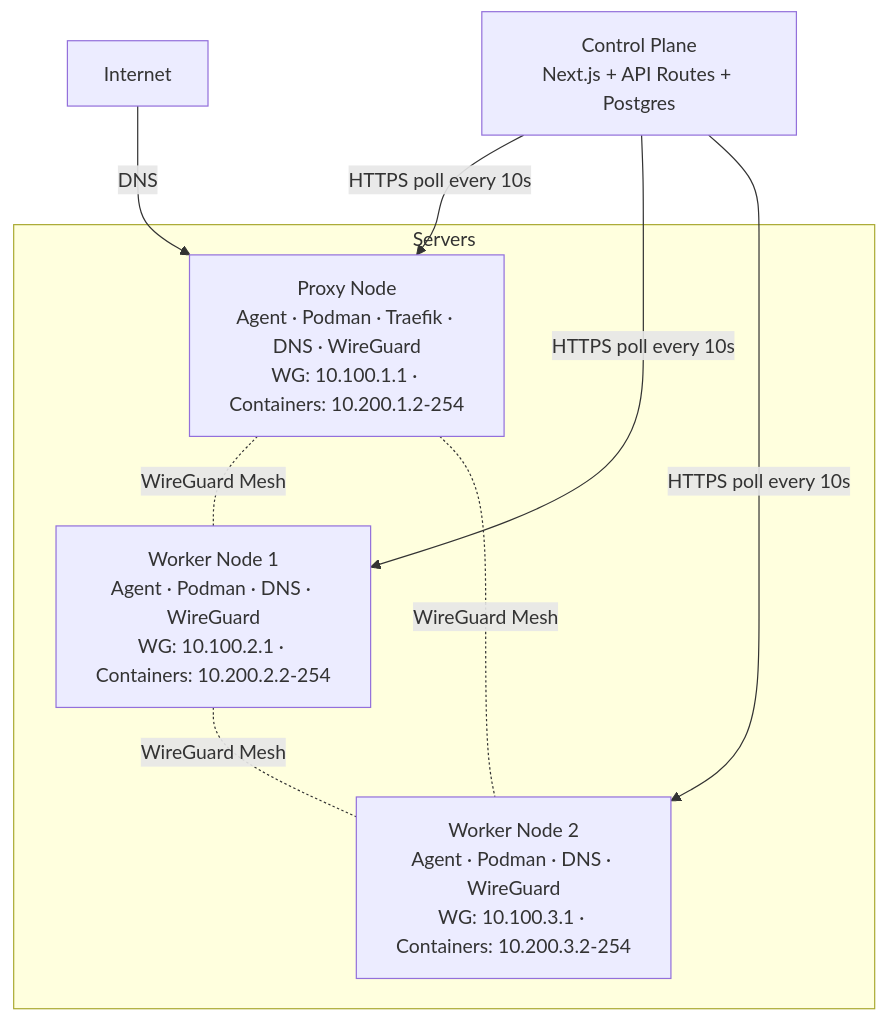
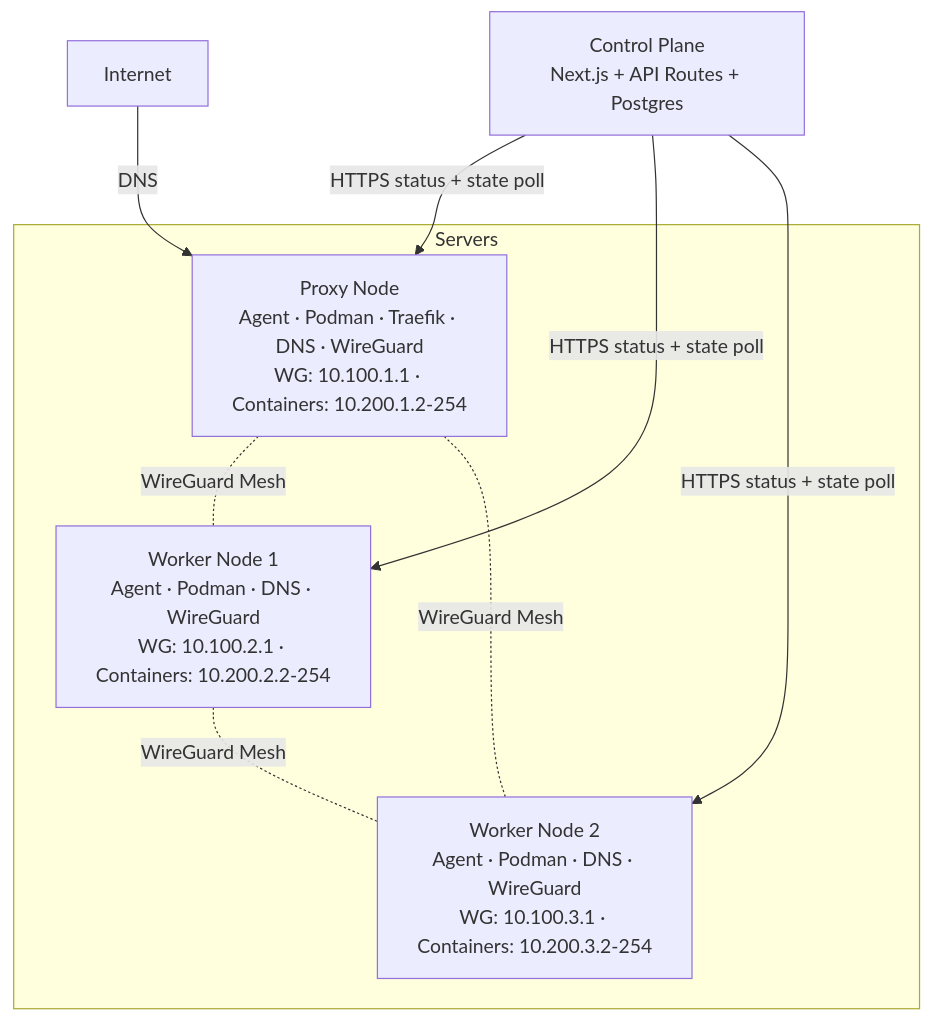
Before and after one commit to techulus/cloud: the first of 2 diagrams in docs/architecture.mdx, drawn with Mermaid. The commit also changed other lines of this file and 18 other files, not shown here.

````diff
--- a/docs/architecture.mdx
+++ b/docs/architecture.mdx
@@ -42,18 +42,18 @@
 ```mermaid
 graph TD
     Internet["Internet"] -->|"DNS"| P1
 
     CP["Control Plane<br/>Next.js + API Routes + Postgres"]
-    CP -- "HTTPS poll every 10s" --> P1
-    CP -- "HTTPS poll every 10s" --> W1
-    CP -- "HTTPS poll every 10s" --> W2
+    CP -- "HTTPS status + state poll" --> P1
+    CP -- "HTTPS status + state poll" --> W1
+    CP -- "HTTPS status + state poll" --> W2
 
     subgraph Servers
         P1["Proxy Node<br/>Agent · Podman · Traefik · DNS · WireGuard<br/>WG: 10.100.1.1 · Containers: 10.200.1.2-254"]
         W1["Worker Node 1<br/>Agent · Podman · DNS · WireGuard<br/>WG: 10.100.2.1 · Containers: 10.200.2.2-254"]
         W2["Worker Node 2<br/>Agent · Podman · DNS · WireGuard<br/>WG: 10.100.3.1 · Containers: 10.200.3.2-254"]
         P1 -. "WireGuard Mesh" .- W1
         P1 -. "WireGuard Mesh" .- W2
         W1 -. "WireGuard Mesh" .- W2
     end
 ```
````
